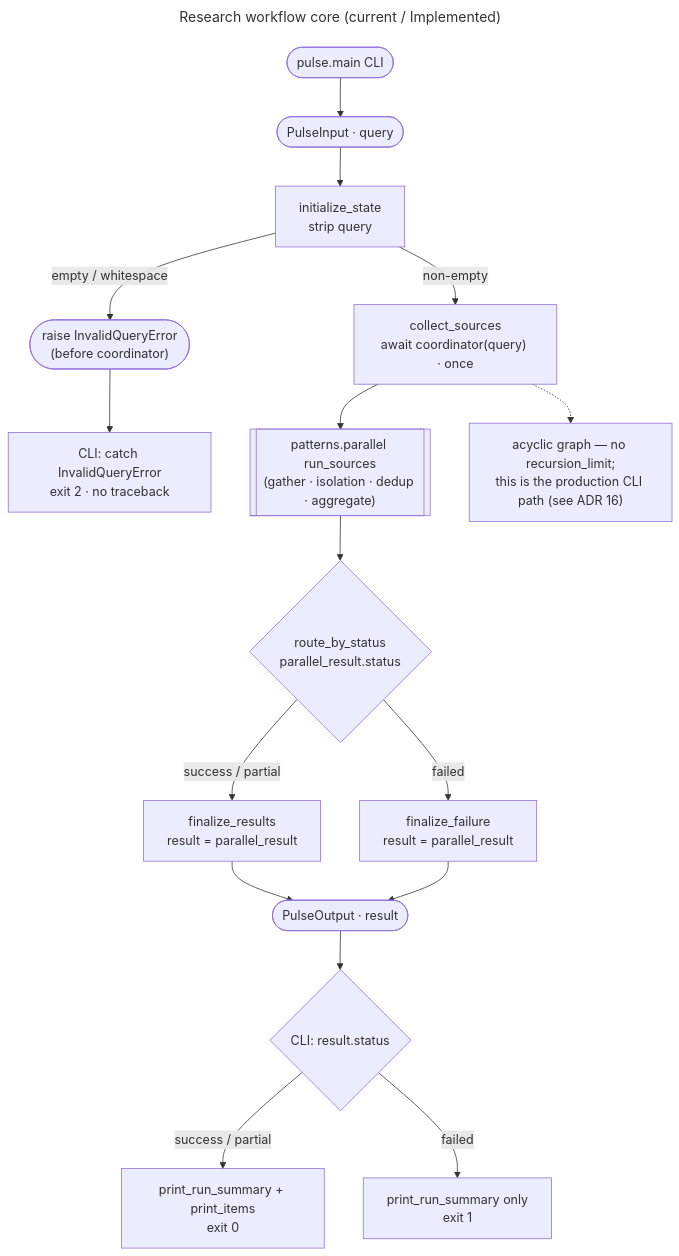
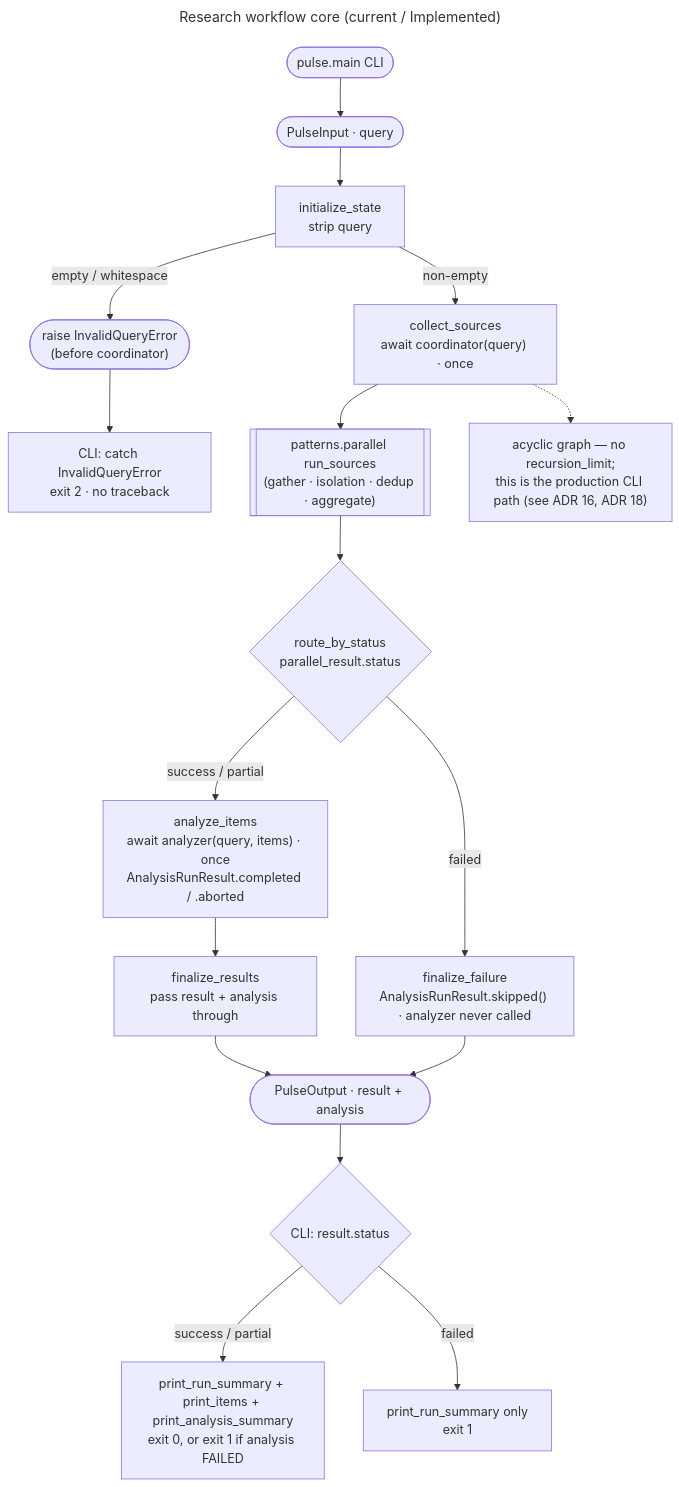
The diagram in docs/architecture/flows/research-workflow.mmd (VladislavLobakh/pulse), drawn with Mermaid before and after one commit. The commit also changed 17 other files, not shown here.

```diff
--- a/docs/architecture/flows/research-workflow.mmd
+++ b/docs/architecture/flows/research-workflow.mmd
@@ -1,21 +1,22 @@
 ---
 title: "Research workflow core (current / Implemented)"
 ---
 flowchart TD
     cli(["pulse.main CLI"]) --> start([PulseInput · query])
     start --> init["initialize_state<br/>strip query"]
     init -- "empty / whitespace" --> err(["raise InvalidQueryError<br/>(before coordinator)"])
     err --> exitInput["CLI: catch InvalidQueryError<br/>exit 2 · no traceback"]
     init -- "non-empty" --> collect["collect_sources<br/>await coordinator(query) · once"]
     collect --> coord[["patterns.parallel run_sources<br/>(gather · isolation · dedup · aggregate)"]]
     coord --> route{"route_by_status<br/>parallel_result.status"}
-    route -- "success / partial" --> okNode["finalize_results<br/>result = parallel_result"]
-    route -- "failed" --> failNode["finalize_failure<br/>result = parallel_result"]
-    okNode --> done([PulseOutput · result])
+    route -- "success / partial" --> analyze["analyze_items<br/>await analyzer(query, items) · once<br/>AnalysisRunResult.completed / .aborted"]
+    route -- "failed" --> failNode["finalize_failure<br/>AnalysisRunResult.skipped() · analyzer never called"]
+    analyze --> okNode["finalize_results<br/>pass result + analysis through"]
+    okNode --> done([PulseOutput · result + analysis])
     failNode --> done
     done --> dispCheck{"CLI: result.status"}
-    dispCheck -- "success / partial" --> exitOk["print_run_summary + print_items<br/>exit 0"]
+    dispCheck -- "success / partial" --> exitOk["print_run_summary + print_items + print_analysis_summary<br/>exit 0, or exit 1 if analysis FAILED"]
     dispCheck -- "failed" --> exitFail["print_run_summary only<br/>exit 1"]
 
-    note["acyclic graph — no recursion_limit;<br/>this is the production CLI path (see ADR 16)"]
+    note["acyclic graph — no recursion_limit;<br/>this is the production CLI path (see ADR 16, ADR 18)"]
     collect -.-> note
```
